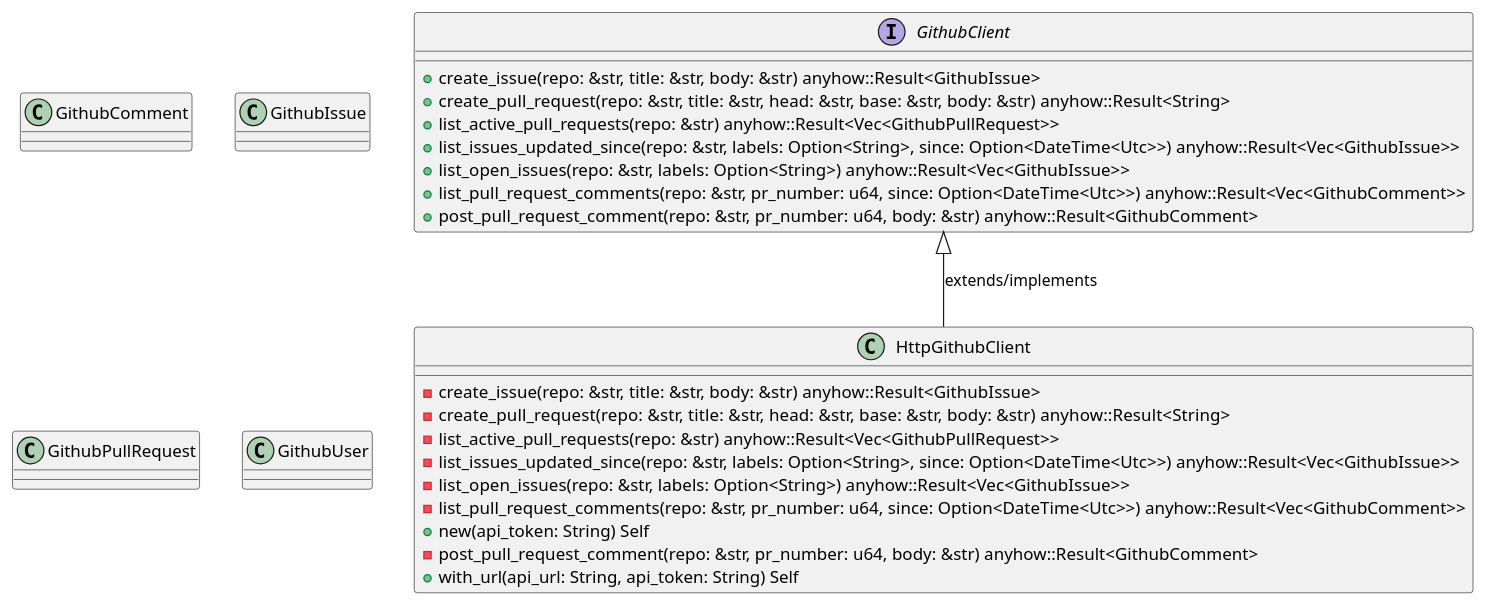
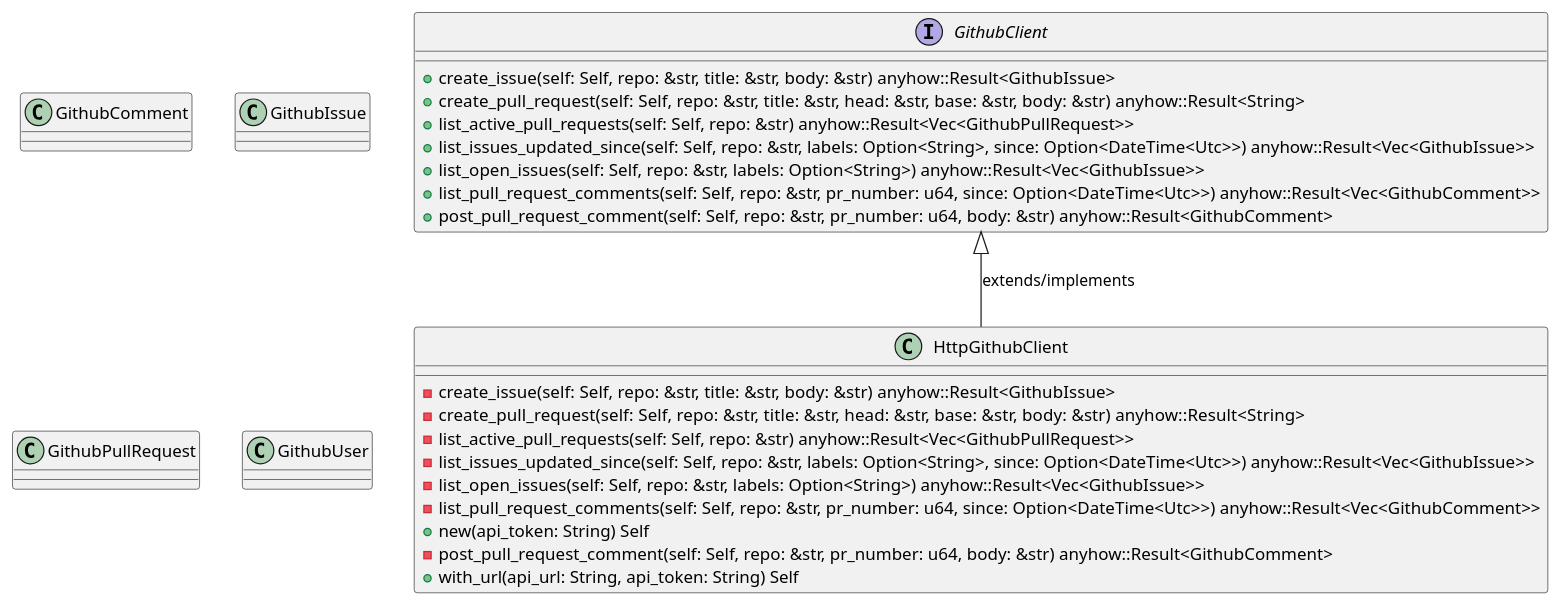
Before and after one commit to lgcorzo/rust_CACD_autonomous_factory: the first of 6 diagrams in openwiki/crates_factory_infrastructure_src_github.md, drawn with PlantUML. The commit also changed other lines of this file and 95 other files, not shown here.

````diff
--- a/openwiki/crates_factory_infrastructure_src_github.md
+++ b/openwiki/crates_factory_infrastructure_src_github.md
@@ -454,34 +461,34 @@
 ```plantuml
 @startuml
 interface GithubClient {
-    +create_issue(repo: &str, title: &str, body: &str) anyhow::Result<GithubIssue>
-    +create_pull_request(repo: &str, title: &str, head: &str, base: &str, body: &str) anyhow::Result<String>
-    +list_active_pull_requests(repo: &str) anyhow::Result<Vec<GithubPullRequest>>
-    +list_issues_updated_since(repo: &str, labels: Option<String>, since: Option<DateTime<Utc>>) anyhow::Result<Vec<GithubIssue>>
-    +list_open_issues(repo: &str, labels: Option<String>) anyhow::Result<Vec<GithubIssue>>
-    +list_pull_request_comments(repo: &str, pr_number: u64, since: Option<DateTime<Utc>>) anyhow::Result<Vec<GithubComment>>
-    +post_pull_request_comment(repo: &str, pr_number: u64, body: &str) anyhow::Result<GithubComment>
+    +create_issue(self: Self, repo: &str, title: &str, body: &str) anyhow::Result<GithubIssue>
+    +create_pull_request(self: Self, repo: &str, title: &str, head: &str, base: &str, body: &str) anyhow::Result<String>
+    +list_active_pull_requests(self: Self, repo: &str) anyhow::Result<Vec<GithubPullRequest>>
+    +list_issues_updated_since(self: Self, repo: &str, labels: Option<String>, since: Option<DateTime<Utc>>) anyhow::Result<Vec<GithubIssue>>
+    +list_open_issues(self: Self, repo: &str, labels: Option<String>) anyhow::Result<Vec<GithubIssue>>
+    +list_pull_request_comments(self: Self, repo: &str, pr_number: u64, since: Option<DateTime<Utc>>) anyhow::Result<Vec<GithubComment>>
+    +post_pull_request_comment(self: Self, repo: &str, pr_number: u64, body: &str) anyhow::Result<GithubComment>
 }
 class GithubComment {
 }
 class GithubIssue {
 }
 class GithubPullRequest {
 }
 class GithubUser {
 }
 class HttpGithubClient {
-    -create_issue(repo: &str, title: &str, body: &str) anyhow::Result<GithubIssue>
-    -create_pull_request(repo: &str, title: &str, head: &str, base: &str, body: &str) anyhow::Result<String>
-    -list_active_pull_requests(repo: &str) anyhow::Result<Vec<GithubPullRequest>>
-    -list_issues_updated_since(repo: &str, labels: Option<String>, since: Option<DateTime<Utc>>) anyhow::Result<Vec<GithubIssue>>
-    -list_open_issues(repo: &str, labels: Option<String>) anyhow::Result<Vec<GithubIssue>>
-    -list_pull_request_comments(repo: &str, pr_number: u64, since: Option<DateTime<Utc>>) anyhow::Result<Vec<GithubComment>>
+    -create_issue(self: Self, repo: &str, title: &str, body: &str) anyhow::Result<GithubIssue>
+    -create_pull_request(self: Self, repo: &str, title: &str, head: &str, base: &str, body: &str) anyhow::Result<String>
+    -list_active_pull_requests(self: Self, repo: &str) anyhow::Result<Vec<GithubPullRequest>>
+    -list_issues_updated_since(self: Self, repo: &str, labels: Option<String>, since: Option<DateTime<Utc>>) anyhow::Result<Vec<GithubIssue>>
+    -list_open_issues(self: Self, repo: &str, labels: Option<String>) anyhow::Result<Vec<GithubIssue>>
+    -list_pull_request_comments(self: Self, repo: &str, pr_number: u64, since: Option<DateTime<Utc>>) anyhow::Result<Vec<GithubComment>>
     +new(api_token: String) Self
-    -post_pull_request_comment(repo: &str, pr_number: u64, body: &str) anyhow::Result<GithubComment>
+    -post_pull_request_comment(self: Self, repo: &str, pr_number: u64, body: &str) anyhow::Result<GithubComment>
     +with_url(api_url: String, api_token: String) Self
 }
 GithubClient <|-- HttpGithubClient : extends/implements
 @enduml
 
 ```
````
